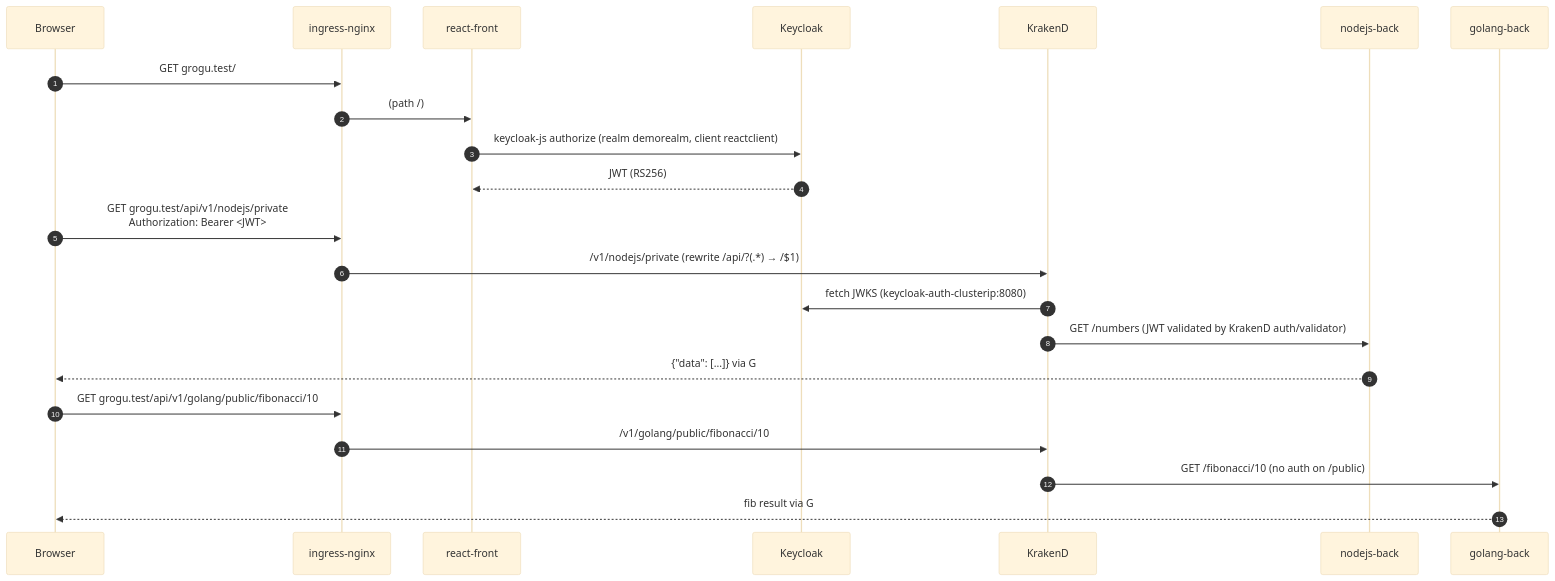
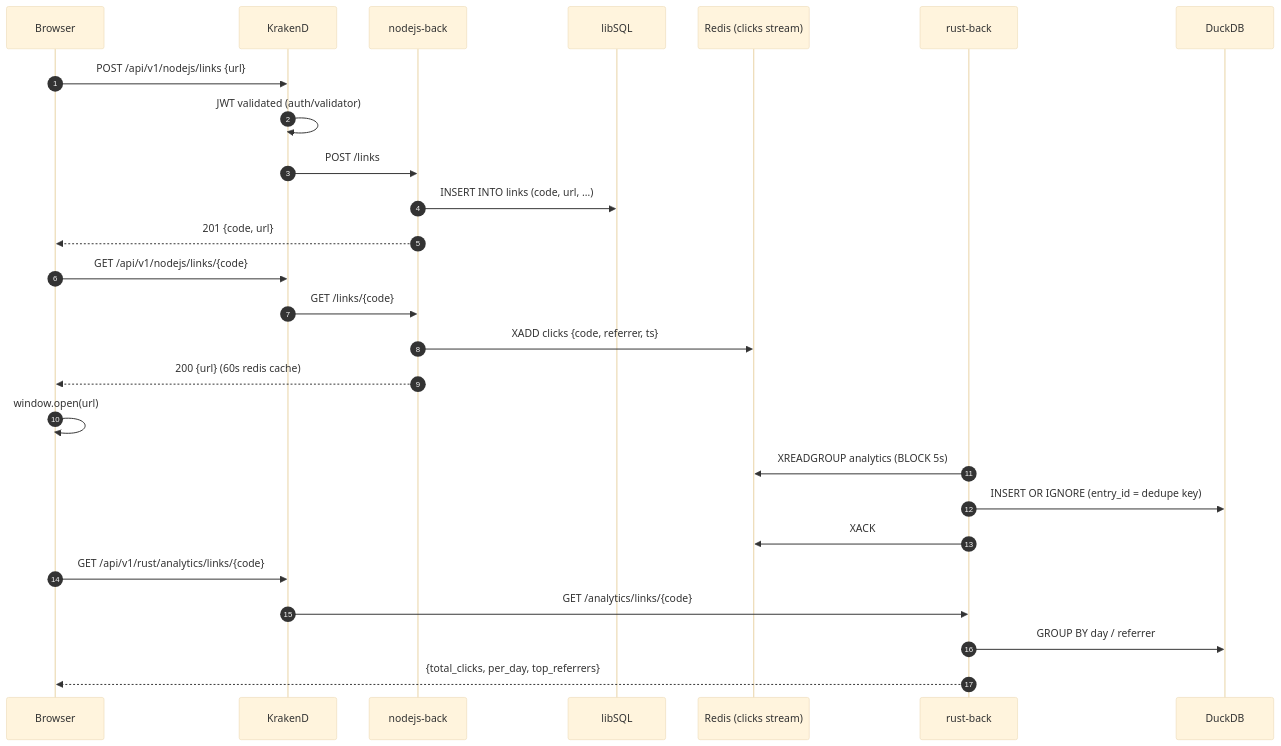
Before and after one commit to abc0990cba/k8s-helm-sandbox: the second of 3 diagrams in docs/ARCHITECTURE.md, drawn with Mermaid (base theme). The commit also changed other lines of this file and 3 other files, not shown here.

First line of the commit message:
docs: polyglot architecture rewrite + video demo script

````diff
--- a/docs/ARCHITECTURE.md
+++ b/docs/ARCHITECTURE.md
@@ -49,25 +71,32 @@
 ```mermaid
 sequenceDiagram
     autonumber
     participant B as Browser
-    participant I as ingress-nginx
-    participant F as react-front
-    participant K as Keycloak
     participant G as KrakenD
     participant N as nodejs-back
-    participant Go as golang-back
+    participant L as libSQL
+    participant R as Redis (clicks stream)
+    participant RS as rust-back
+    participant D as DuckDB
 
-    B->>I: GET grogu.test/
-    I->>F: (path /)
-    F->>K: keycloak-js authorize (realm demorealm, client reactclient)
-    K-->>F: JWT (RS256)
-    B->>I: GET grogu.test/api/v1/nodejs/private<br/>Authorization: Bearer <JWT>
-    I->>G: /v1/nodejs/private (rewrite /api/?(.*) → /$1)
-    G->>K: fetch JWKS (keycloak-auth-clusterip:8080)
-    G->>N: GET /numbers (JWT validated by KrakenD auth/validator)
-    N-->>B: {"data": [...]} via G
-    B->>I: GET grogu.test/api/v1/golang/public/fibonacci/10
-    I->>G: /v1/golang/public/fibonacci/10
-    G->>Go: GET /fibonacci/10 (no auth on /public)
-    Go-->>B: fib result via G
+    B->>G: POST /api/v1/nodejs/links {url}
+    G->>G: JWT validated (auth/validator)
+    G->>N: POST /links
+    N->>L: INSERT INTO links (code, url, …)
+    N-->>B: 201 {code, url}
+
+    B->>G: GET /api/v1/nodejs/links/{code}
+    G->>N: GET /links/{code}
+    N->>R: XADD clicks {code, referrer, ts}
+    N-->>B: 200 {url} (60s redis cache)
+    B->>B: window.open(url)
+
+    RS->>R: XREADGROUP analytics (BLOCK 5s)
+    RS->>D: INSERT OR IGNORE (entry_id = dedupe key)
+    RS->>R: XACK
+
+    B->>G: GET /api/v1/rust/analytics/links/{code}
+    G->>RS: GET /analytics/links/{code}
+    RS->>D: GROUP BY day / referrer
+    RS-->>B: {total_clicks, per_day, top_referrers}
 ```
````
